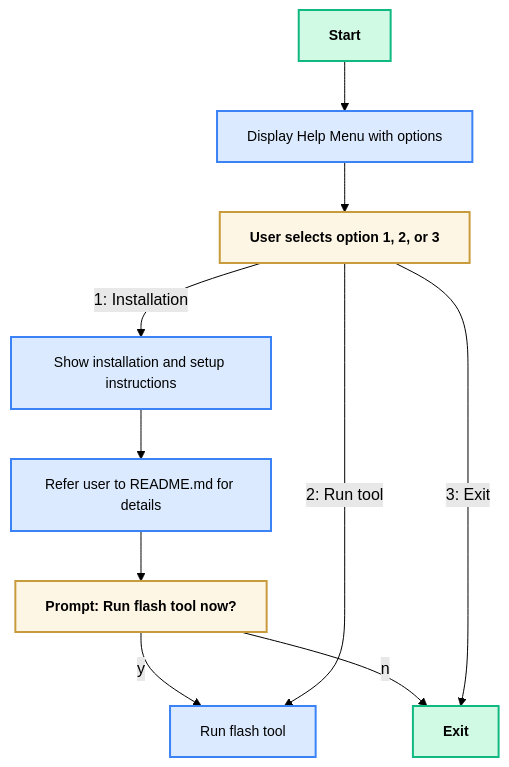
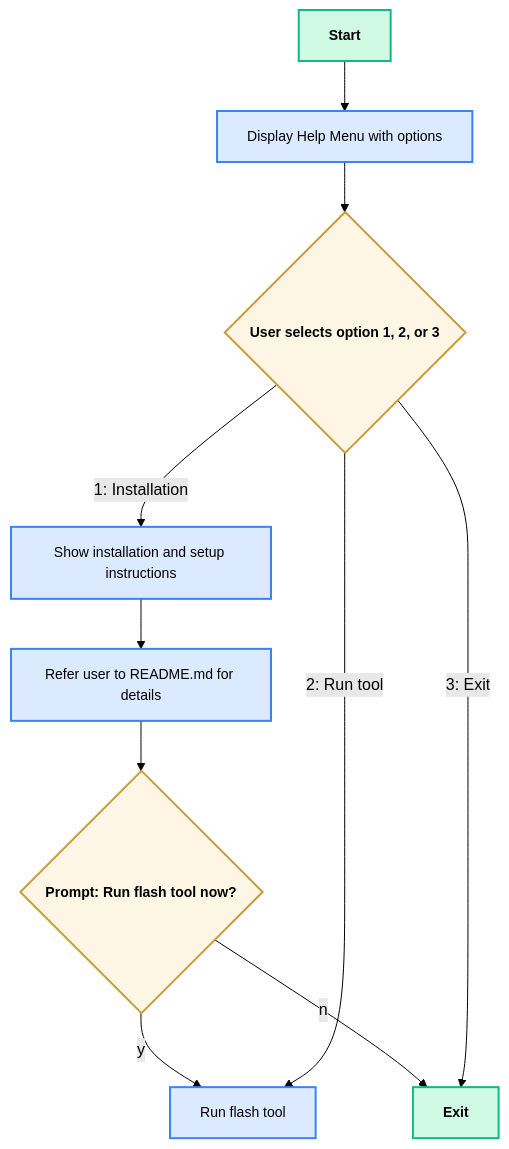
The first of 2 diagrams in universal-scripts/host/tools/README.md (quoctrinhfz/rz-utils), drawn with Mermaid (forest theme) before and after one commit. The commit also changed other lines of this file and 4 other files, not shown here.

````diff
--- a/universal-scripts/host/tools/README.md
+++ b/universal-scripts/host/tools/README.md
@@ -285,17 +285,17 @@
 ```mermaid
 flowchart TD
   classDef default fill:#f0f4f8,stroke:#333,stroke-width:1px,font-size:14px
   classDef decision fill:#fef6e4,stroke:#c89b3c,stroke-width:2px,font-weight:bold
   classDef action fill:#dbeafe,stroke:#3b82f6,stroke-width:2px
   classDef terminal fill:#d1fae5,stroke:#10b981,stroke-width:2px,font-weight:bold
 
   H1[Start]:::terminal --> H2[Display Help Menu with options]:::action
-  H2 --> H3[User selects option 1, 2, or 3]:::decision
+  H2 --> H3{"User selects option 1, 2, or 3"}:::decision
   H3 -->|1: Installation| H4[Show installation and setup instructions]:::action
   H4 --> H5[Refer user to README.md for details]:::action
-  H5 --> H6[Prompt: Run flash tool now?]:::decision
+  H5 --> H6{"Prompt: Run flash tool now?"}:::decision
   H6 -->|y| H7[Run flash tool]:::action
   H6 -->|n| H8[Exit]:::terminal
   H3 -->|2: Run tool| H7[Run flash tool]:::action
   H3 -->|3: Exit| H8[Exit]:::terminal
 ```
````
